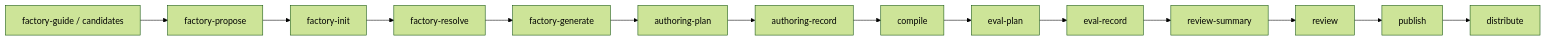
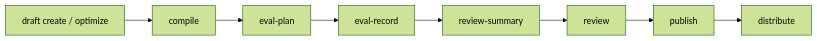
Before and after one commit to rpamis/comet-website-docs: the first of 2 diagrams in zh/cli/bundle.mdx, drawn with Mermaid (forest theme). The commit also changed other lines of this file and 23 other files, not shown here.

````diff
--- a/zh/cli/bundle.mdx
+++ b/zh/cli/bundle.mdx
@@ -19,16 +19,10 @@
 ```mermaid
 flowchart LR
-  A["factory-guide / candidates"] --> B["factory-propose"]
-  B --> C["factory-init"]
-  C --> D["factory-resolve"]
-  D --> E["factory-generate"]
-  E --> AP["authoring-plan"]
-  AP --> AR["authoring-record"]
-  AR --> F["compile"]
-  F --> G["eval-plan"]
-  G --> H["eval-record"]
-  H --> I["review-summary"]
-  I --> J["review"]
-  J --> K["publish"]
-  K --> L["distribute"]
+  A["draft create / optimize"] --> B["compile"]
+  B --> C["eval-plan"]
+  C --> D["eval-record"]
+  D --> E["review-summary"]
+  E --> F["review"]
+  F --> G["publish"]
+  G --> H["distribute"]
 ```
````
